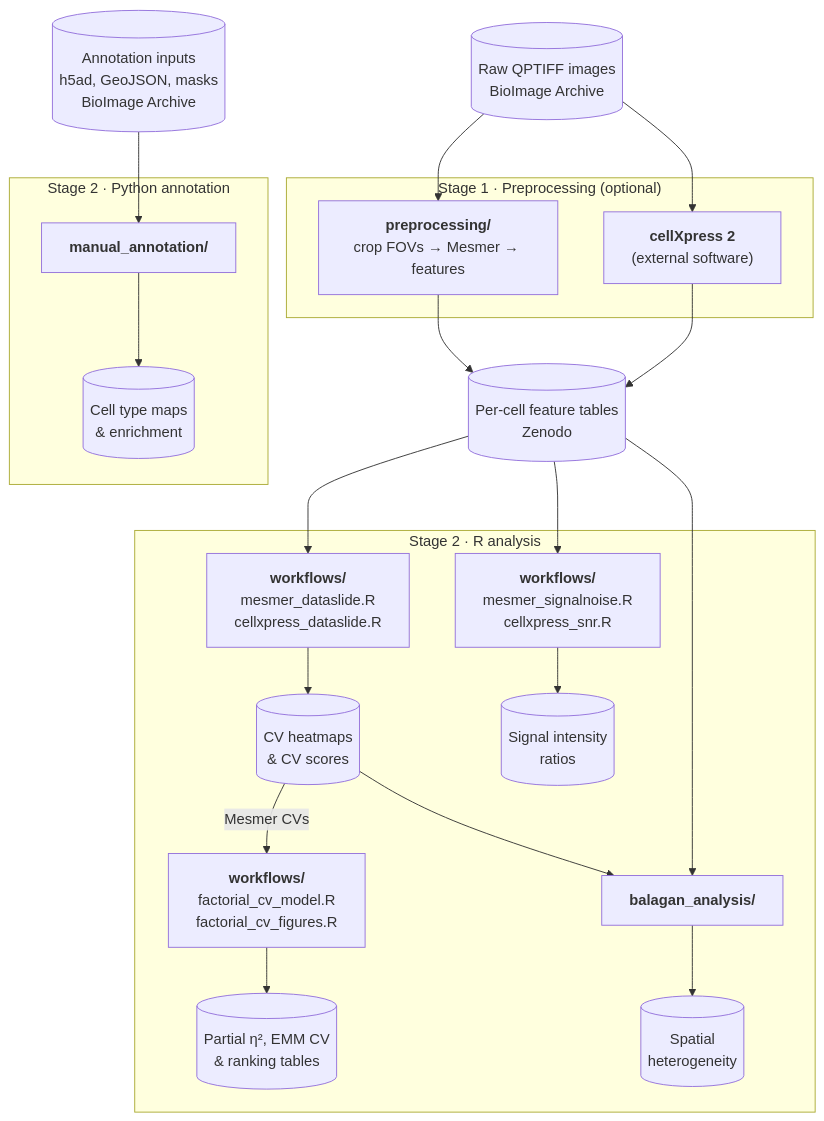
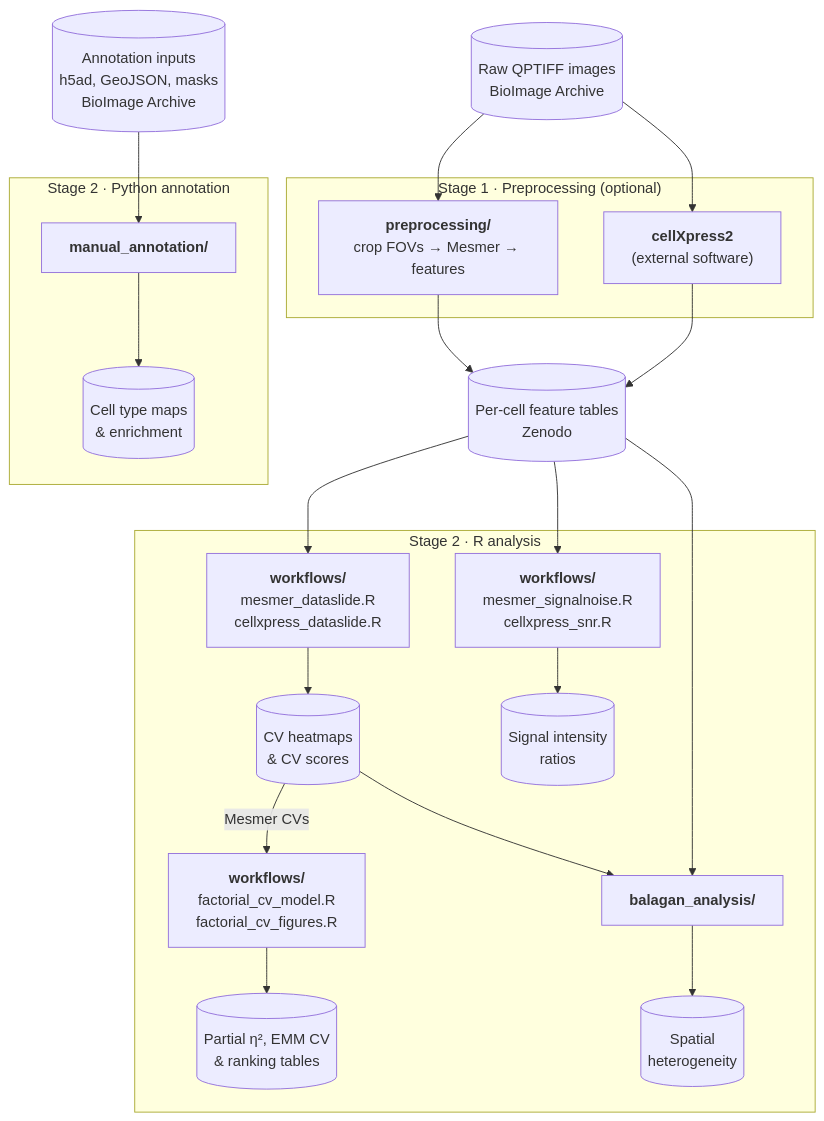
Before and after one commit to SizunJiangLab/Benchmarking_tissue_preparation: the diagram in README.md, drawn with Mermaid.

Commit message:
README: write cellXpress2 without a space, as in the paper

````diff
--- a/README.md
+++ b/README.md
@@ -72,33 +72,33 @@
 ```mermaid
 flowchart TD
     A[("Raw QPTIFF images<br/>BioImage Archive")]
     D[("Annotation inputs<br/>h5ad, GeoJSON, masks<br/>BioImage Archive")]
 
     subgraph S1["Stage 1 · Preprocessing (optional)"]
         B["<b>preprocessing/</b><br/>crop FOVs → Mesmer → features"]
-        X["<b>cellXpress 2</b><br/>(external software)"]
+        X["<b>cellXpress2</b><br/>(external software)"]
     end
 
     A --> B & X
     B --> C[("Per-cell feature tables<br/>Zenodo")]
     X --> C
 
     subgraph S2["Stage 2 · R analysis"]
         G["<b>workflows/</b><br/>mesmer_dataslide.R<br/>cellxpress_dataslide.R"]
         I["<b>workflows/</b><br/>mesmer_signalnoise.R<br/>cellxpress_snr.R"]
         N["<b>workflows/</b><br/>factorial_cv_model.R<br/>factorial_cv_figures.R"]
         Q["<b>balagan_analysis/</b>"]
         G --> J[("CV heatmaps<br/>& CV scores")]
         J -- Mesmer CVs --> N --> P[("Partial η², EMM CV<br/>& ranking tables")]
         I --> K[("Signal intensity<br/>ratios")]
         J --> Q
         Q --> R[("Spatial<br/>heterogeneity")]
     end
 
     subgraph S3["Stage 2 · Python annotation"]
         M["<b>manual_annotation/</b>"] --> L[("Cell type maps<br/>& enrichment")]
     end
 
     C --> G & I & Q
     D --> M
 ```
````
